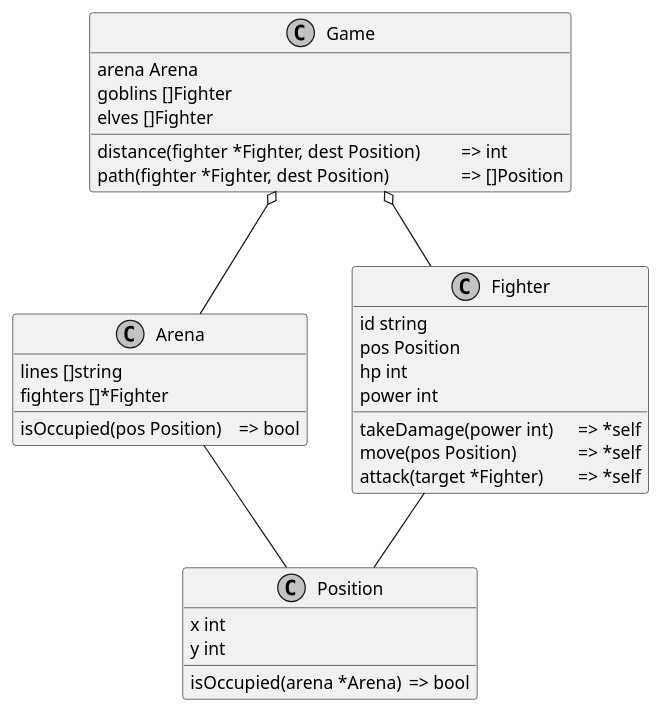
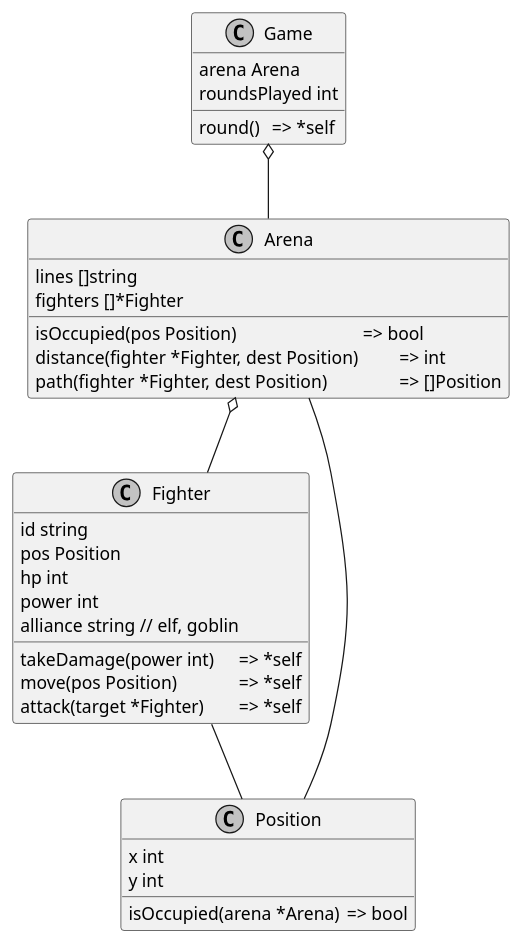
Before and after one commit to rdmueller/aoc-2018: the diagram in day15/go/anoff/README.adoc, drawn with PlantUML. The commit also changed other lines of this file and 9 other files, not shown here.

```diff
--- a/day15/go/anoff/README.adoc
+++ b/day15/go/anoff/README.adoc
@@ -10,38 +10,43 @@
 [plantuml, day15-class, png]
 ....
 @startuml
 skinparam defaulttextalignment center
 skinparam monochrome true
 skinparam shadowing false
 class Arena {
   lines []string
-  isOccupied(pos Position) \t=> bool
   fighters []*Fighter
+  isOccupied(pos Position) \t\t\t\t=> bool
+  distance(fighter *Fighter, dest Position) \t=> int
+  path(fighter *Fighter, dest Position) \t\t=> []Position
 }
+
 class Fighter {
 	id string
 	pos Position
 	hp int
 	power int
+  alliance string // elf, goblin
   takeDamage(power int) \t=> *self
   move(pos Position) \t\t=> *self
   attack(target *Fighter) \t=> *self
 }
+
 class Position {
   x int
   y int
   isOccupied(arena *Arena) \t=> bool
 }
+
 class Game {
   arena Arena
-  goblins []Fighter
-  elves []Fighter
-  distance(fighter *Fighter, dest Position) \t=> int
-  path(fighter *Fighter, dest Position) \t\t=> []Position
+  roundsPlayed int
+  round() \t=> *self
 }
+
 Game o-- Arena
-Game o-- Fighter
+Arena o-- Fighter
 Fighter -- Position
 Arena -- Position
 @enduml
 ....
```
